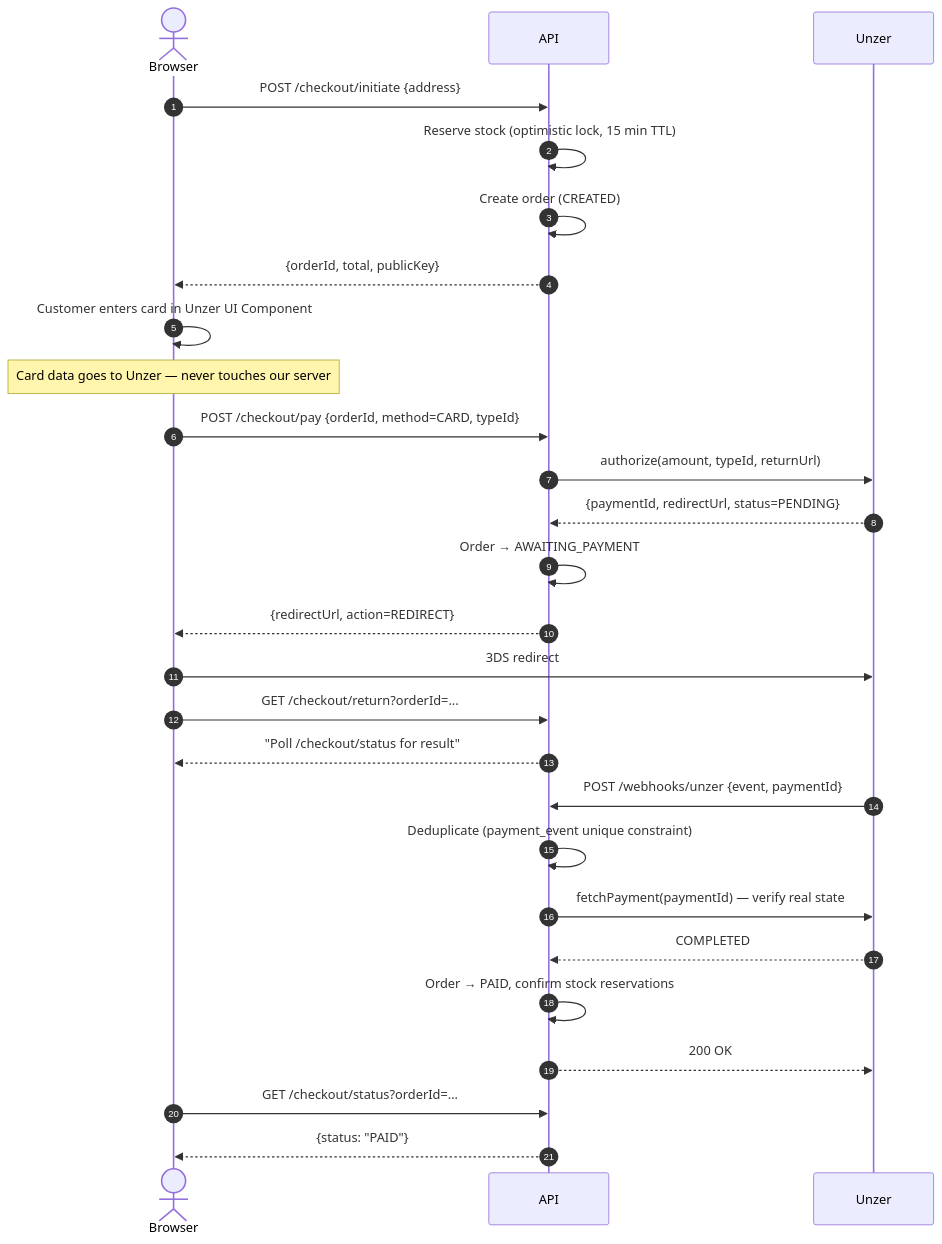
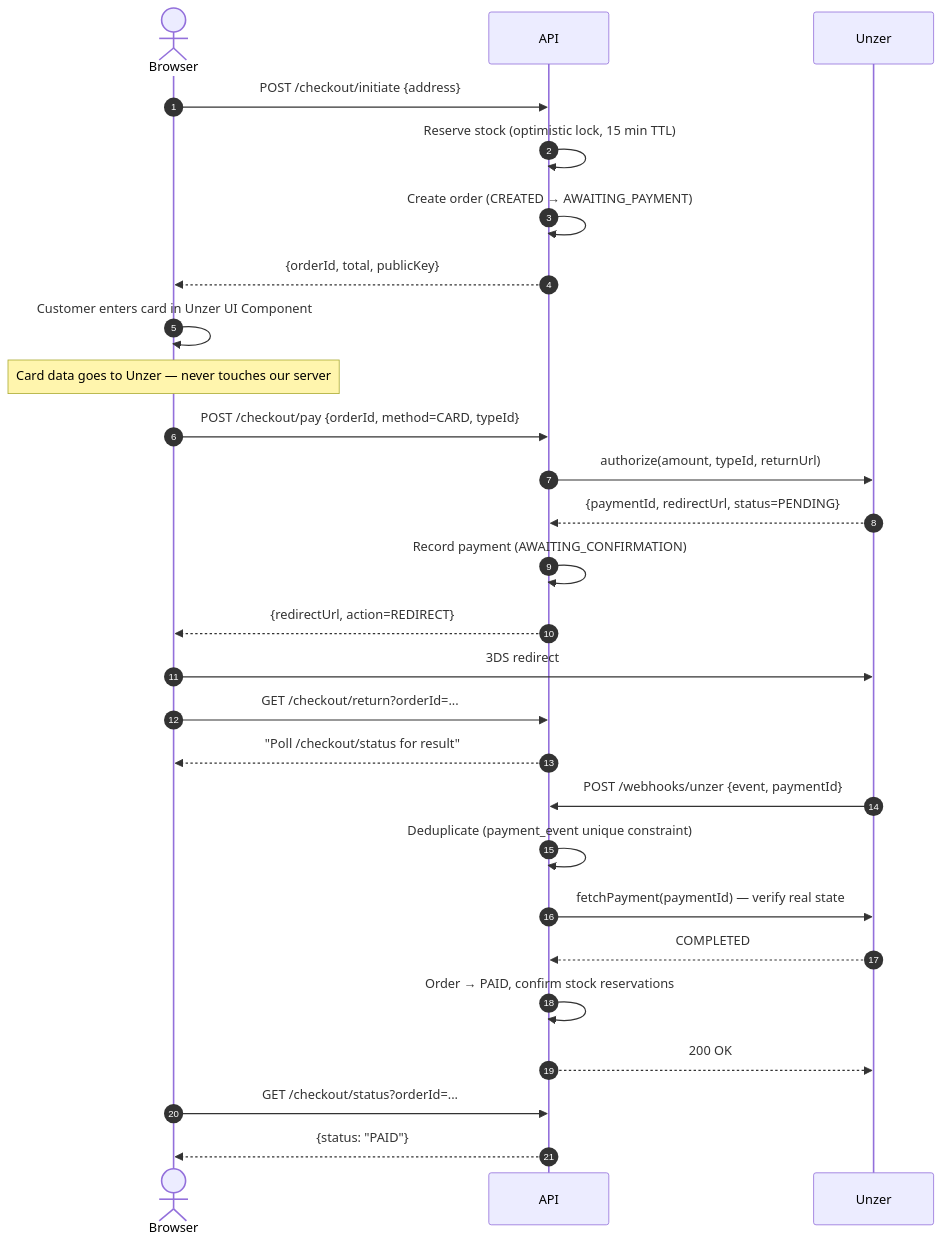
The sixth of 7 diagrams in architecture.md (HARrrrisoon39/Unzer-Task-Code), drawn with Mermaid before and after one commit. The commit also changed other lines of this file, not shown here.

First line of the commit message:
Update architecture doc: plain-English intro + accurate order states

````diff
--- a/architecture.md
+++ b/architecture.md
@@ -217,34 +231,34 @@
 ```mermaid
 sequenceDiagram
   autonumber
   actor Browser
   participant API
   participant Unzer
 
   Browser->>API: POST /checkout/initiate {address}
   API->>API: Reserve stock (optimistic lock, 15 min TTL)
-  API->>API: Create order (CREATED)
+  API->>API: Create order (CREATED → AWAITING_PAYMENT)
   API-->>Browser: {orderId, total, publicKey}
 
   Browser->>Browser: Customer enters card in Unzer UI Component
   Note over Browser: Card data goes to Unzer — never touches our server
   Browser->>API: POST /checkout/pay {orderId, method=CARD, typeId}
   API->>Unzer: authorize(amount, typeId, returnUrl)
   Unzer-->>API: {paymentId, redirectUrl, status=PENDING}
-  API->>API: Order → AWAITING_PAYMENT
+  API->>API: Record payment (AWAITING_CONFIRMATION)
   API-->>Browser: {redirectUrl, action=REDIRECT}
 
   Browser->>Unzer: 3DS redirect
   Browser->>API: GET /checkout/return?orderId=...
   API-->>Browser: "Poll /checkout/status for result"
 
   Unzer->>API: POST /webhooks/unzer {event, paymentId}
   API->>API: Deduplicate (payment_event unique constraint)
   API->>Unzer: fetchPayment(paymentId) — verify real state
   Unzer-->>API: COMPLETED
   API->>API: Order → PAID, confirm stock reservations
   API-->>Unzer: 200 OK
 
   Browser->>API: GET /checkout/status?orderId=...
   API-->>Browser: {status: "PAID"}
 ```
````
